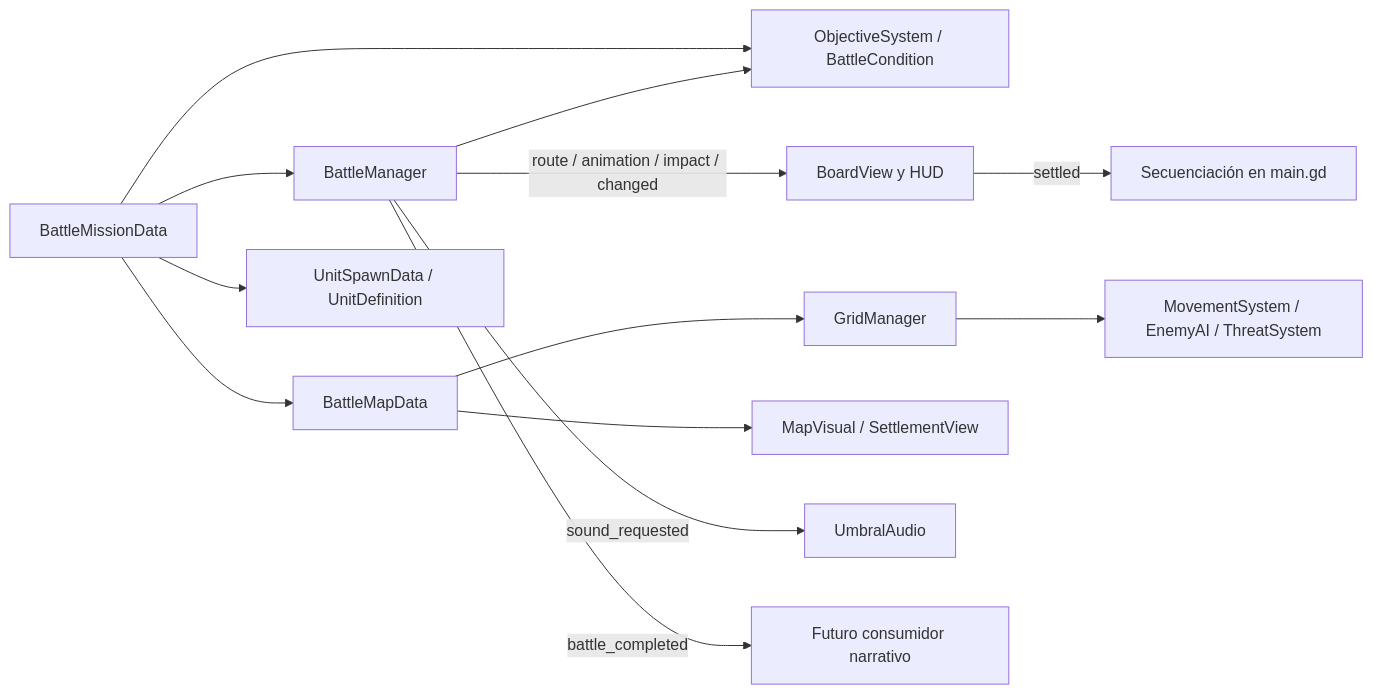
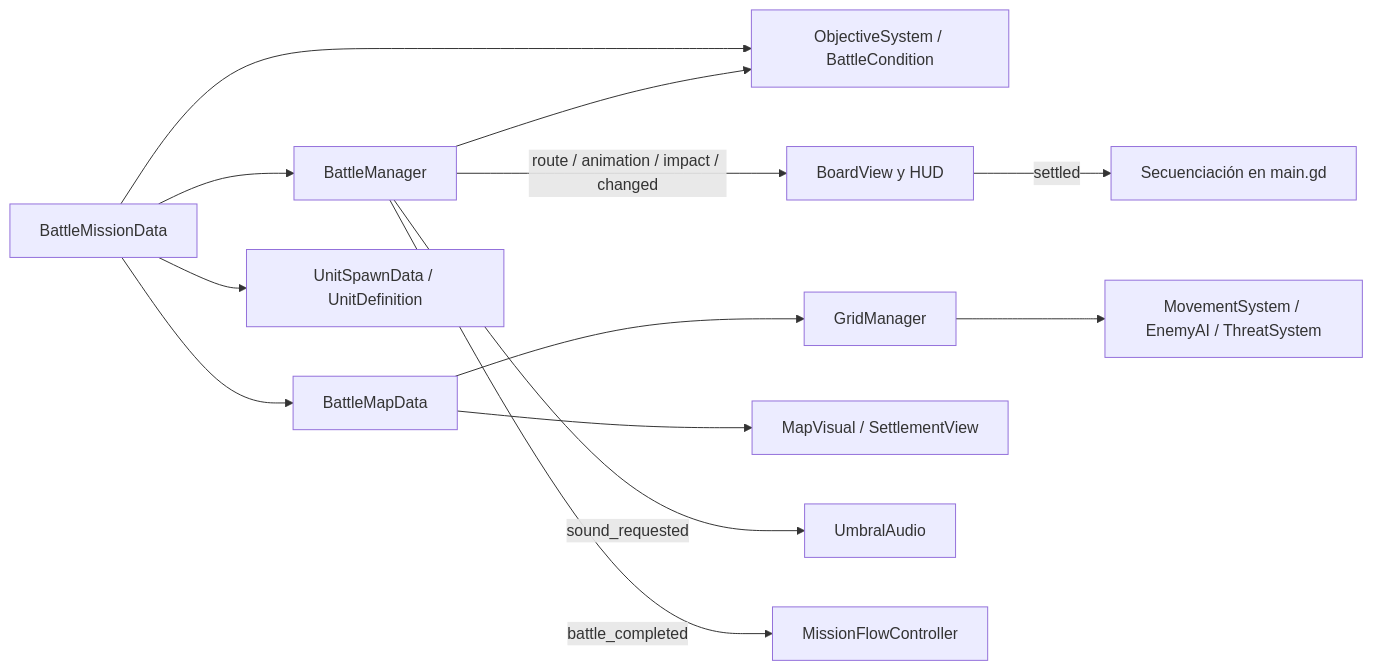
The diagram in docs/ARCHITECTURE.md (Piplash/umbral), drawn with Mermaid before and after one commit. The commit also changed other lines of this file and 34 other files, not shown here.

````diff
--- a/docs/ARCHITECTURE.md
+++ b/docs/ARCHITECTURE.md
@@ -103,15 +103,15 @@
 ```mermaid
 flowchart LR
   M[BattleMissionData] --> B[BattleManager]
   M --> D[BattleMapData]
   M --> U[UnitSpawnData / UnitDefinition]
   M --> O[ObjectiveSystem / BattleCondition]
   D --> G[GridManager]
   G --> P[MovementSystem / EnemyAI / ThreatSystem]
   B --> O
   B -->|route / animation / impact / changed| V[BoardView y HUD]
   V -->|settled| C[Secuenciación en main.gd]
   D --> A[MapVisual / SettlementView]
   B -->|sound_requested| S[UmbralAudio]
-  B -->|battle_completed| N[Futuro consumidor narrativo]
+  B -->|battle_completed| N[MissionFlowController]
 ```
````
